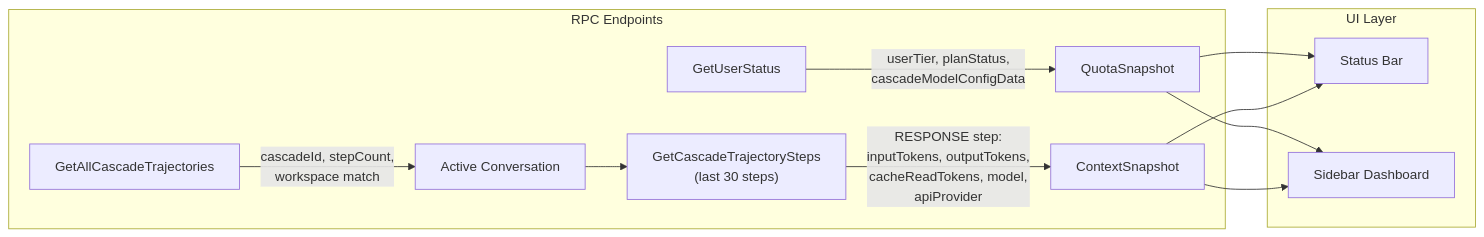
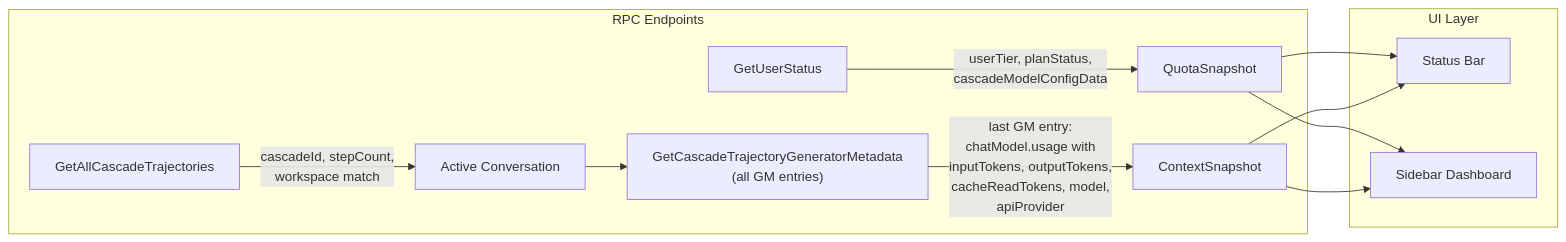
Before and after one commit to jetnet/ag-engineer: the second of 3 diagrams in ARCHITECTURE.md, drawn with Mermaid. The commit also changed other lines of this file and 3 other files, not shown here.

First line of the commit message:
feat: switch to live GetCascadeTrajectoryGeneratorMetadata API for context tracking

````diff
--- a/ARCHITECTURE.md
+++ b/ARCHITECTURE.md
@@ -62,16 +62,16 @@
 ```mermaid
 flowchart LR
     subgraph RPC Endpoints
         A["GetUserStatus"] -->|userTier, planStatus,<br/>cascadeModelConfigData| B[QuotaSnapshot]
         C["GetAllCascadeTrajectories"] -->|cascadeId, stepCount,<br/>workspace match| D[Active Conversation]
-        D --> E["GetCascadeTrajectorySteps<br/>(last 30 steps)"]
-        E -->|"RESPONSE step:<br/>inputTokens, outputTokens,<br/>cacheReadTokens, model,<br/>apiProvider"| F[ContextSnapshot]
+        D --> E["GetCascadeTrajectoryGeneratorMetadata<br/>(all GM entries)"]
+        E -->|"last GM entry:<br/>chatModel.usage with<br/>inputTokens, outputTokens,<br/>cacheReadTokens, model,<br/>apiProvider"| F[ContextSnapshot]
     end
 
     subgraph UI Layer
         B --> G[Status Bar]
         B --> H[Sidebar Dashboard]
         F --> G
         F --> H
     end
 ```
````
